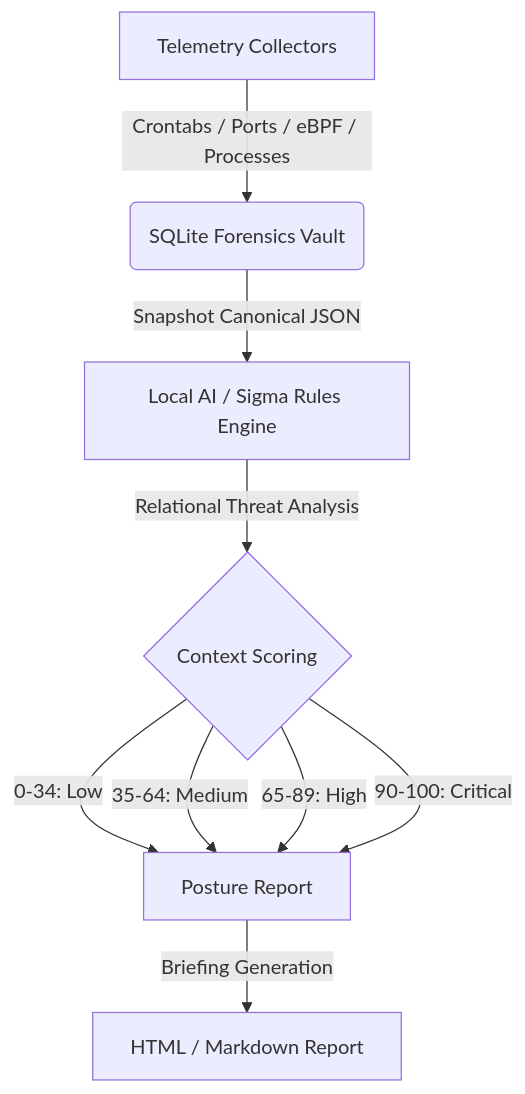
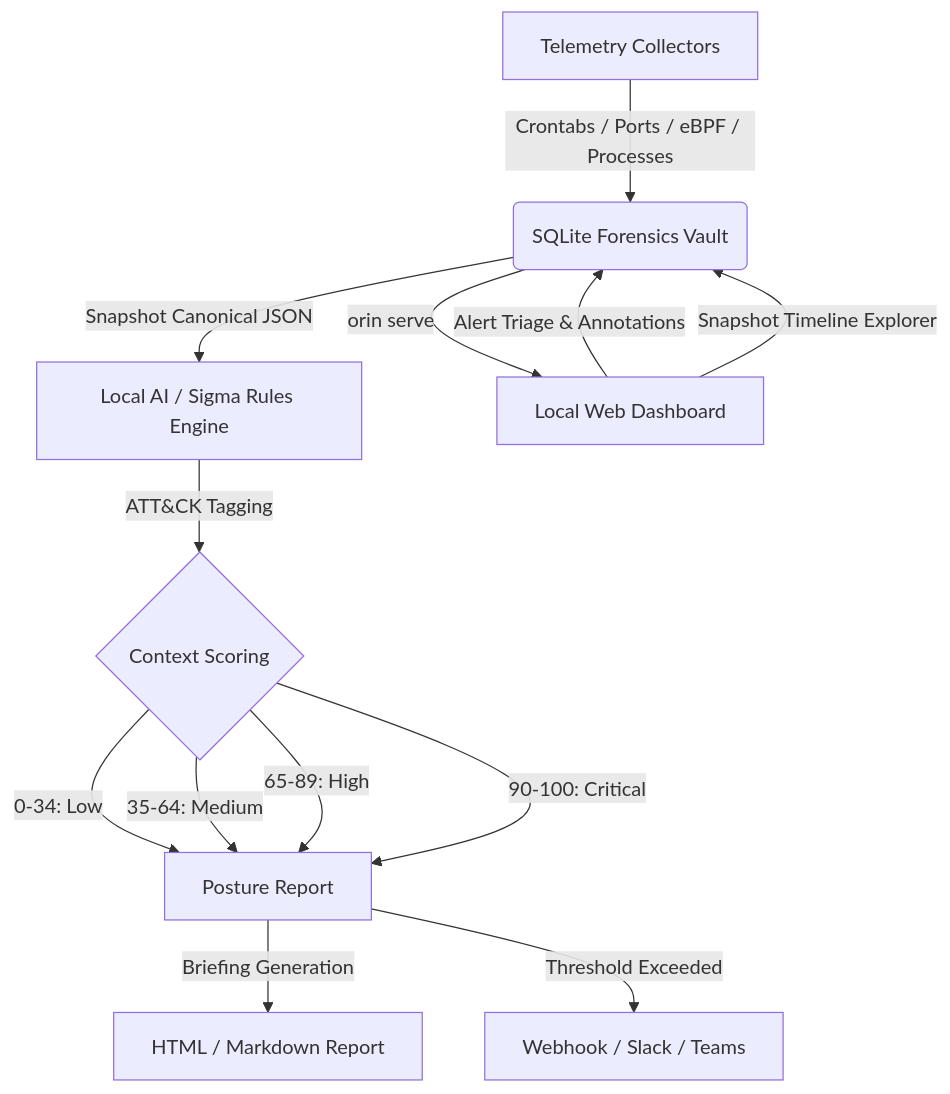
One commit to jaradat13/orin changed the diagram in ROADMAP.md. Above: the diagram before and after it, drawn with Mermaid. The commit also changed other lines of this file, not shown here.

Commit message:
feat: expand roadmap with ecosystem integrations, live alerting, and local web dashboard features

````diff
--- a/ROADMAP.md
+++ b/ROADMAP.md
@@ -73,11 +122,15 @@
 ```mermaid
 graph TD
     A[Telemetry Collectors] -->|Crontabs / Ports / eBPF / Processes| B(SQLite Forensics Vault)
     B -->|Snapshot Canonical JSON| C[Local AI / Sigma Rules Engine]
-    C -->|Relational Threat Analysis| D{Context Scoring}
+    C -->|ATT&CK Tagging| D{Context Scoring}
     D -->|0-34: Low| E[Posture Report]
     D -->|35-64: Medium| E
     D -->|65-89: High| E
     D -->|90-100: Critical| E
     E -->|Briefing Generation| F[HTML / Markdown Report]
+    E -->|Threshold Exceeded| G[Webhook / Slack / Teams]
+    B -->|orin serve| H[Local Web Dashboard]
+    H -->|Alert Triage & Annotations| B
+    H -->|Snapshot Timeline Explorer| B
 ```
````
